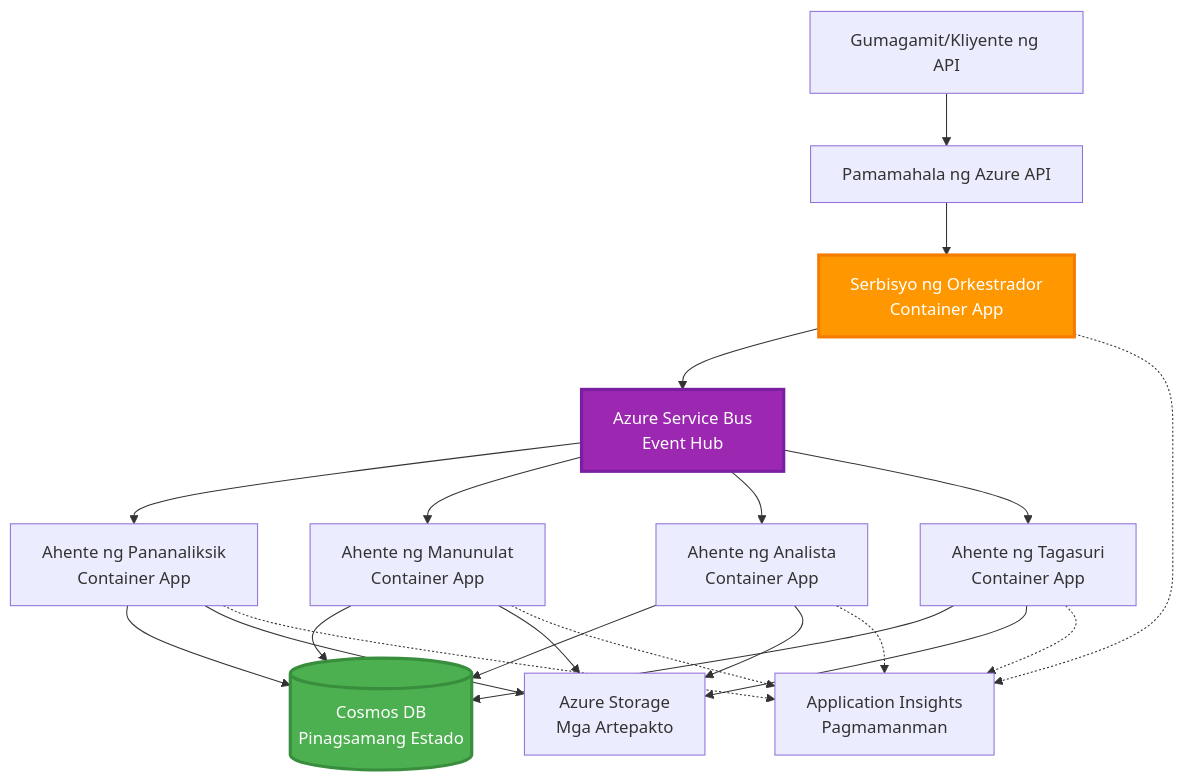
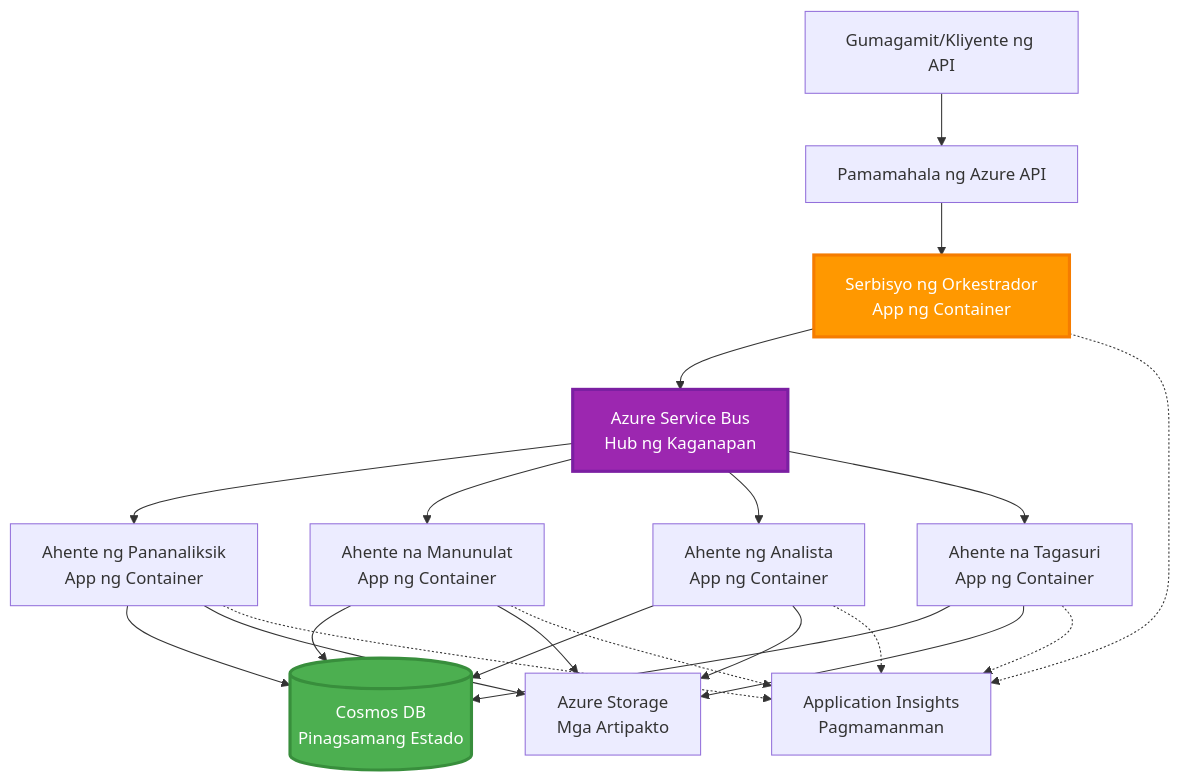
One commit to microsoft/AZD-for-beginners changed the fifth of 5 diagrams in translations/tl/docs/chapter-06-pre-deployment/coordination-patterns.md. Above: the diagram before and after it, drawn with Mermaid. The commit also changed other lines of this file and 101 other files, not shown here.

````diff
--- a/translations/tl/docs/chapter-06-pre-deployment/coordination-patterns.md
+++ b/translations/tl/docs/chapter-06-pre-deployment/coordination-patterns.md
@@ -271,45 +265,45 @@
 ```mermaid
 graph TB
     User[Gumagamit/Kliyente ng API]
     APIM[Pamamahala ng Azure API]
-    Orchestrator[Serbisyo ng Orkestrador<br/>Container App]
-    ServiceBus[Azure Service Bus<br/>Event Hub]
+    Orchestrator[Serbisyo ng Orkestrador<br/>App ng Container]
+    ServiceBus[Azure Service Bus<br/>Hub ng Kaganapan]
     
-    Agent1[Ahente ng Pananaliksik<br/>Container App]
-    Agent2[Ahente ng Manunulat<br/>Container App]
-    Agent3[Ahente ng Analista<br/>Container App]
-    Agent4[Ahente ng Tagasuri<br/>Container App]
+    Agent1[Ahente ng Pananaliksik<br/>App ng Container]
+    Agent2[Ahente na Manunulat<br/>App ng Container]
+    Agent3[Ahente ng Analista<br/>App ng Container]
+    Agent4[Ahente na Tagasuri<br/>App ng Container]
     
     CosmosDB[(Cosmos DB<br/>Pinagsamang Estado)]
-    Storage[Azure Storage<br/>Mga Artepakto]
+    Storage[Azure Storage<br/>Mga Artipakto]
     AppInsights[Application Insights<br/>Pagmamanman]
     
     User --> APIM
     APIM --> Orchestrator
     
     Orchestrator --> ServiceBus
     ServiceBus --> Agent1
     ServiceBus --> Agent2
     ServiceBus --> Agent3
     ServiceBus --> Agent4
     
     Agent1 --> CosmosDB
     Agent2 --> CosmosDB
     Agent3 --> CosmosDB
     Agent4 --> CosmosDB
     
     Agent1 --> Storage
     Agent2 --> Storage
     Agent3 --> Storage
     Agent4 --> Storage
     
     Orchestrator -.-> AppInsights
     Agent1 -.-> AppInsights
     Agent2 -.-> AppInsights
     Agent3 -.-> AppInsights
     Agent4 -.-> AppInsights
     
     style Orchestrator fill:#FF9800,stroke:#F57C00,stroke-width:3px,color:#fff
     style ServiceBus fill:#9C27B0,stroke:#7B1FA2,stroke-width:3px,color:#fff
     style CosmosDB fill:#4CAF50,stroke:#388E3C,stroke-width:3px,color:#fff
 ```
````
